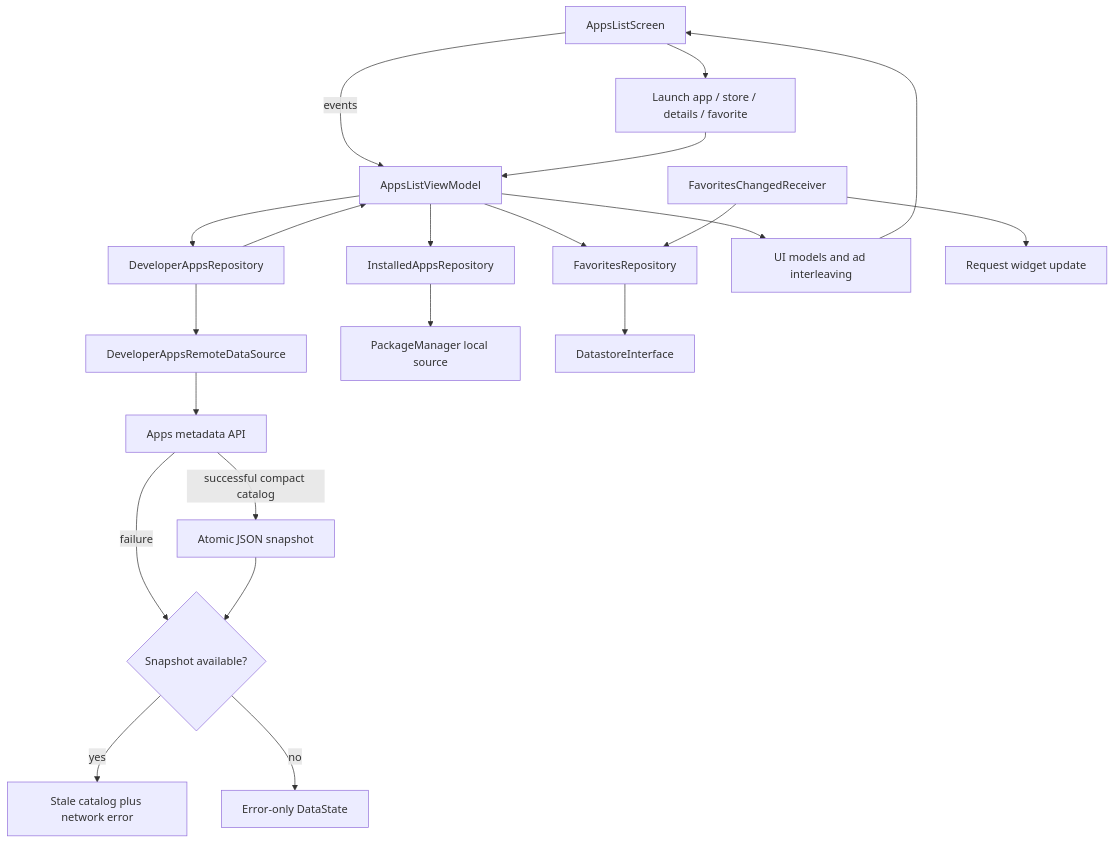
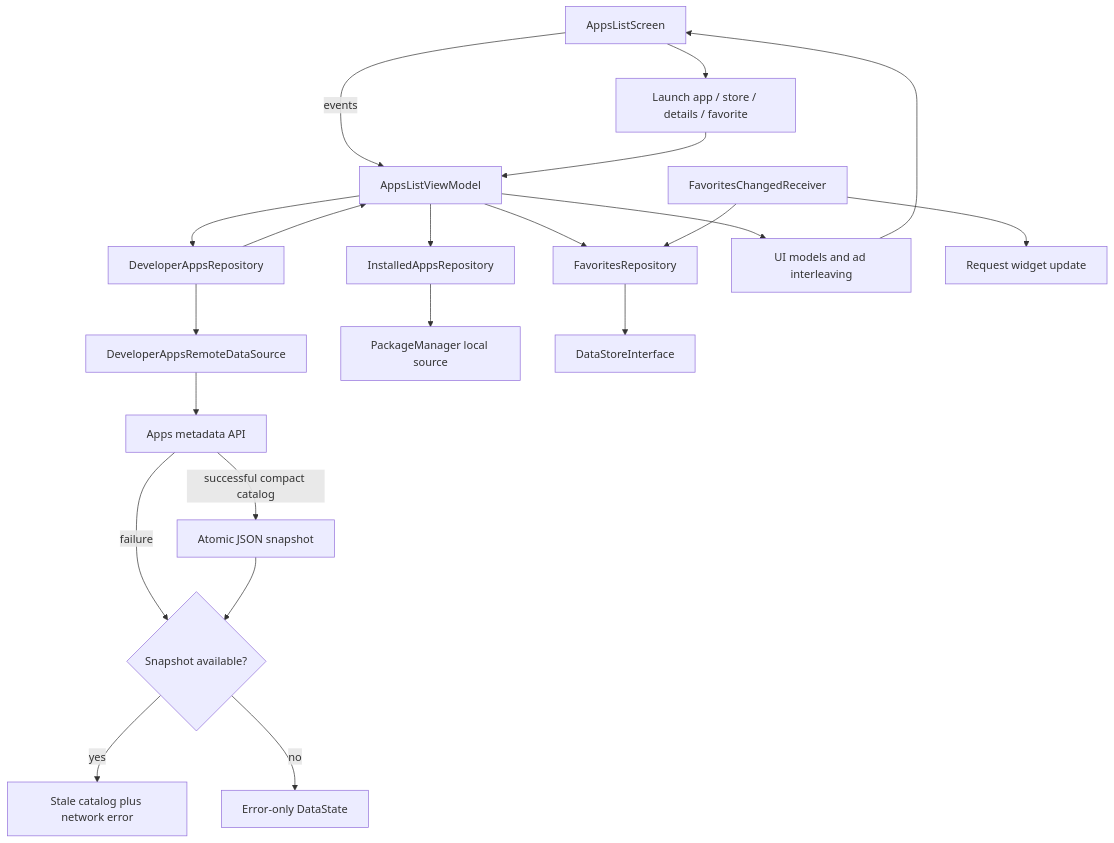
The diagram in sample/feature/apps/README.md (MihaiCristianCondrea/App-Toolkit-for-Android), drawn with Mermaid before and after one commit. The commit also changed 23 other files, not shown here.

````diff
--- a/sample/feature/apps/README.md
+++ b/sample/feature/apps/README.md
@@ -40,23 +40,23 @@
 ```mermaid
 flowchart TD
     Screen[AppsListScreen] -->|events| VM[AppsListViewModel]
     VM --> Developer[DeveloperAppsRepository]
     Developer --> Remote[DeveloperAppsRemoteDataSource]
     Remote --> Api[Apps metadata API]
     Api -->|successful compact catalog| Cache[Atomic JSON snapshot]
     Api -->|failure| Fallback{Snapshot available?}
     Cache --> Fallback
     Fallback -->|yes| Stale[Stale catalog plus network error]
     Fallback -->|no| Error[Error-only DataState]
     Developer --> VM
     VM --> Installed[InstalledAppsRepository]
     Installed --> Packages[PackageManager local source]
     VM --> Favorites[FavoritesRepository]
-    Favorites --> Store[DatastoreInterface]
+    Favorites --> Store[DataStoreInterface]
     VM --> Items[UI models and ad interleaving]
     Items --> Screen
     Screen --> Actions[Launch app / store / details / favorite]
     Actions --> VM
     Receiver[FavoritesChangedReceiver] --> Favorites
     Receiver --> Widget[Request widget update]
 ```
````
